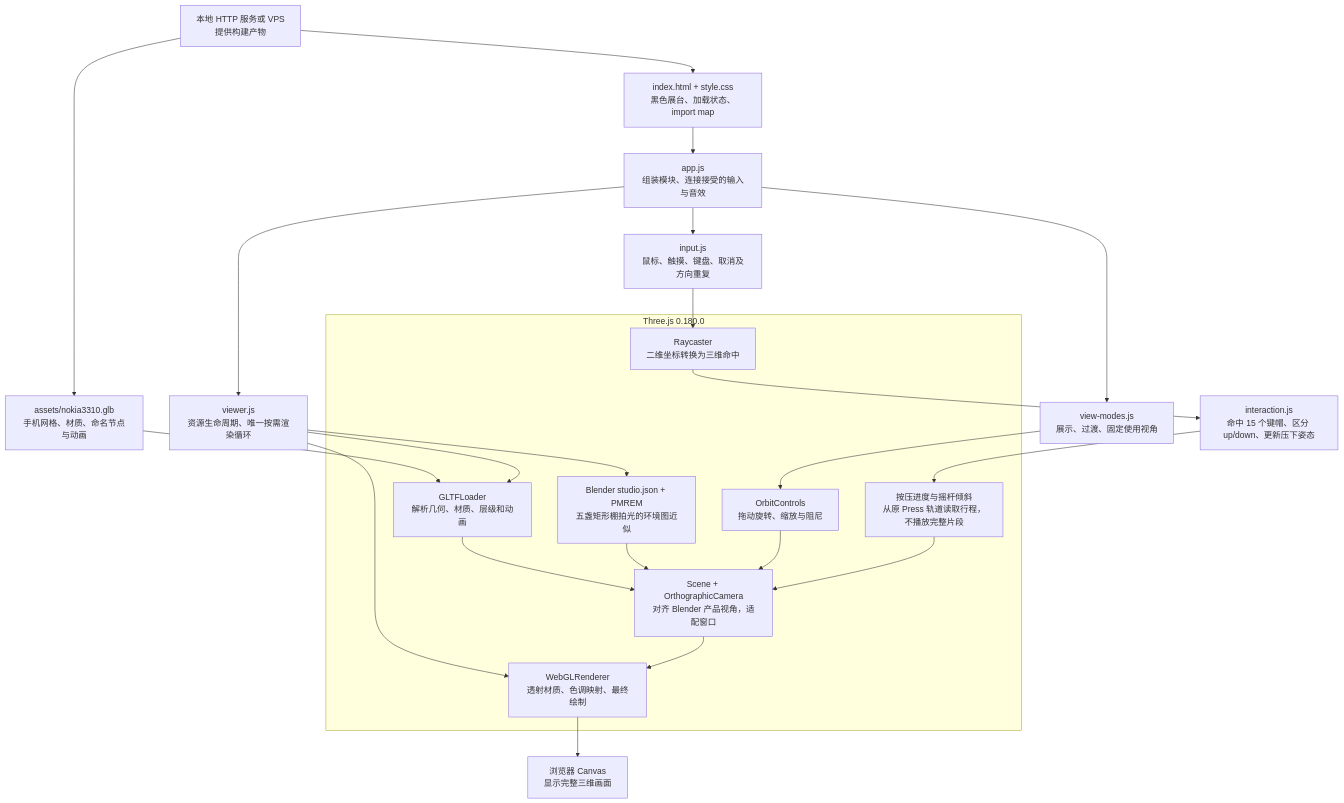
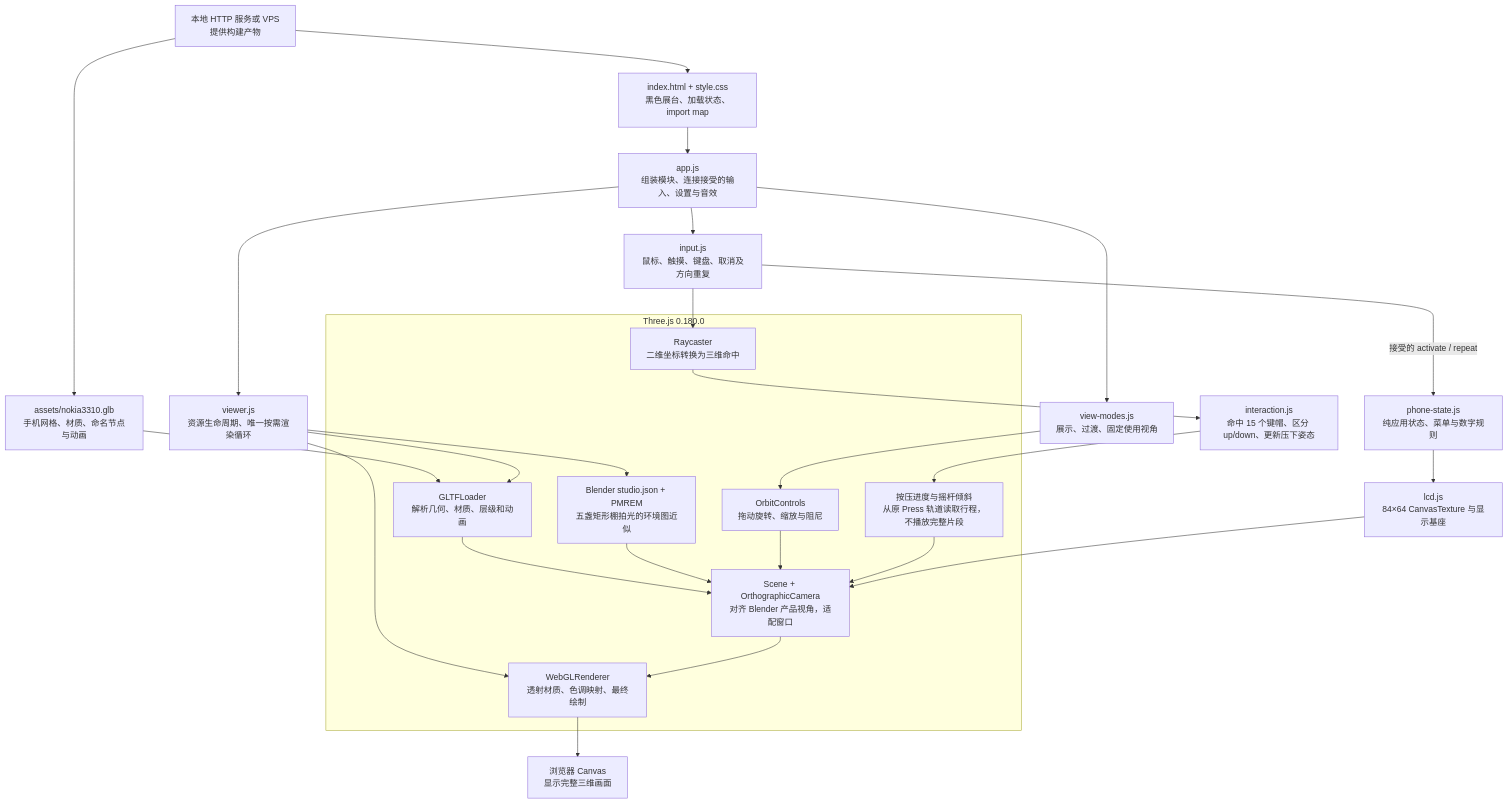
One commit to xiaogoulingdi/Nokia3310 changed the second of 5 diagrams in README.md. Above: the diagram before and after it, drawn with Mermaid. The commit also changed other lines of this file and 21 other files, not shown here.

Commit message:
feat: add dynamic LCD and phone menu navigation

````diff
--- a/README.md
+++ b/README.md
@@ -101,30 +102,33 @@
 ```mermaid
 flowchart TB
     HTTP["本地 HTTP 服务或 VPS<br/>提供构建产物"]
     HTML["index.html + style.css<br/>黑色展台、加载状态、import map"]
-    Entry["app.js<br/>组装模块、连接接受的输入与音效"]
+    Entry["app.js<br/>组装模块、连接接受的输入、设置与音效"]
     Viewer["viewer.js<br/>资源生命周期、唯一按需渲染循环"]
     Modes["view-modes.js<br/>展示、过渡、固定使用视角"]
     subgraph Three["Three.js 0.180.0"]
         Loader["GLTFLoader<br/>解析几何、材质、层级和动画"]
         Scene["Scene + OrthographicCamera<br/>对齐 Blender 产品视角，适配窗口"]
         Lights["Blender studio.json + PMREM<br/>五盏矩形棚拍光的环境图近似"]
         Controls["OrbitControls<br/>拖动旋转、缩放与阻尼"]
         Ray["Raycaster<br/>二维坐标转换为三维命中"]
         Pose["按压进度与摇杆倾斜<br/>从原 Press 轨道读取行程，不播放完整片段"]
         Renderer["WebGLRenderer<br/>透射材质、色调映射、最终绘制"]
     end
     GLB["assets/nokia3310.glb<br/>手机网格、材质、命名节点与动画"]
     Input["input.js<br/>鼠标、触摸、键盘、取消及方向重复"]
+    Phone["phone-state.js<br/>纯应用状态、菜单与数字规则"]
+    LCD["lcd.js<br/>84×64 CanvasTexture 与显示基座"]
     Keys["interaction.js<br/>命中 15 个键帽、区分 up/down、更新压下姿态"]
     Screen["浏览器 Canvas<br/>显示完整三维画面"]
     HTTP --> HTML --> Entry
     HTTP --> GLB --> Loader --> Scene
     Entry --> Viewer --> Loader
     Viewer --> Lights --> Scene
     Entry --> Modes --> Controls --> Scene
     Entry --> Input
     Input --> Ray --> Keys --> Pose --> Scene
+    Input -->|"接受的 activate / repeat"| Phone --> LCD --> Scene
     Viewer --> Renderer
     Scene --> Renderer --> Screen
 ```
````
